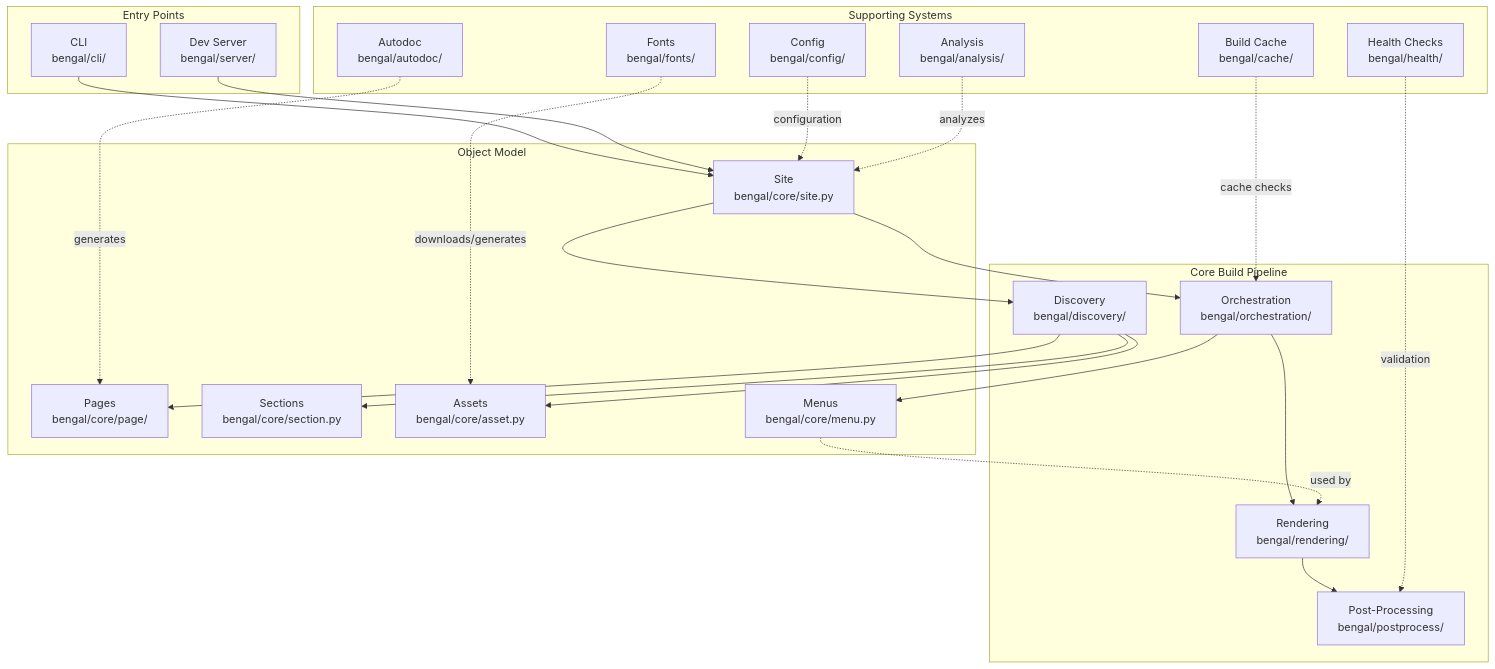
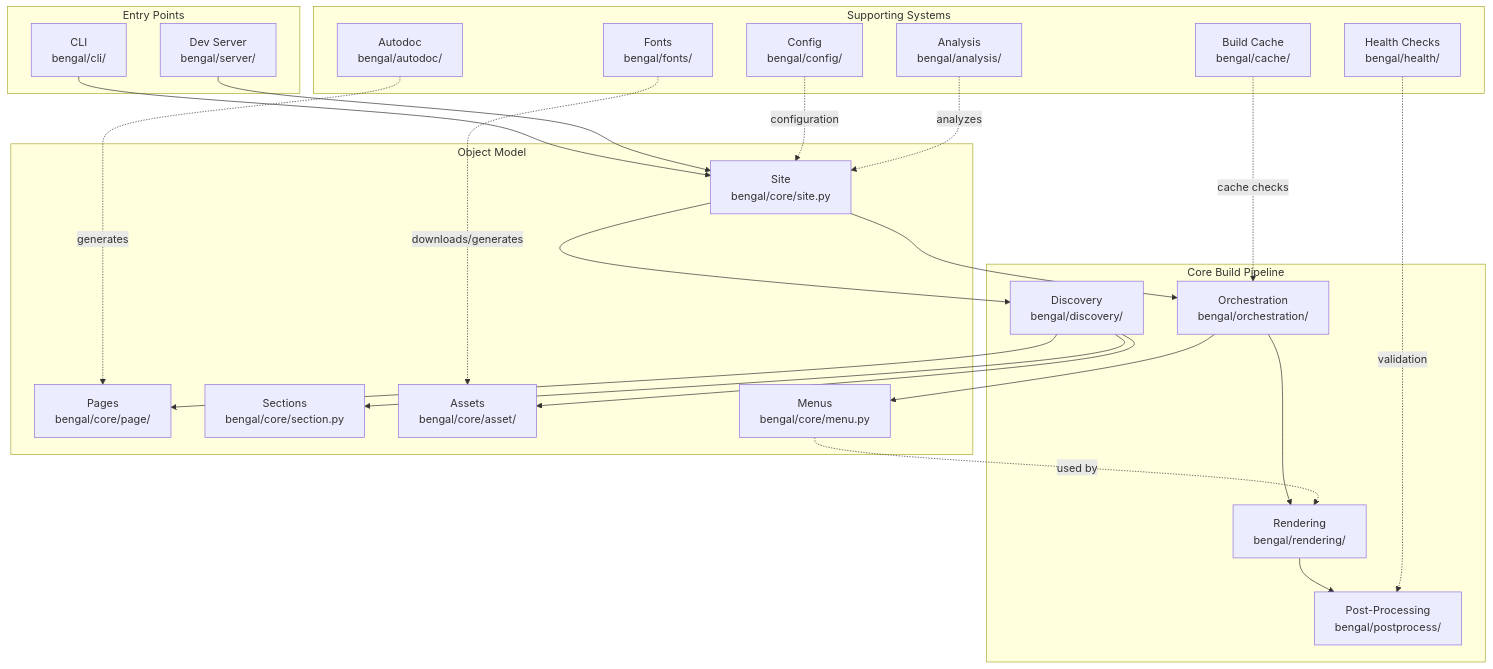
The diagram in site/content/docs/reference/architecture/_index.md (lbliii/bengal), drawn with Mermaid before and after one commit. The commit also changed 6 other files, not shown here.

````diff
--- a/site/content/docs/reference/architecture/_index.md
+++ b/site/content/docs/reference/architecture/_index.md
@@ -36,49 +36,49 @@
 ```mermaid
 graph TB
     subgraph "Entry Points"
         CLI[CLI<br/>bengal/cli/]
         Server[Dev Server<br/>bengal/server/]
     end
 
     subgraph "Core Build Pipeline"
         Discovery[Discovery<br/>bengal/discovery/]
         Orchestration[Orchestration<br/>bengal/orchestration/]
         Rendering[Rendering<br/>bengal/rendering/]
         PostProcess[Post-Processing<br/>bengal/postprocess/]
     end
 
     subgraph "Object Model"
         Site[Site<br/>bengal/core/site.py]
         Pages[Pages<br/>bengal/core/page/]
         Sections[Sections<br/>bengal/core/section.py]
-        Assets[Assets<br/>bengal/core/asset.py]
+        Assets[Assets<br/>bengal/core/asset/]
         Menus[Menus<br/>bengal/core/menu.py]
     end
 
     subgraph "Supporting Systems"
         Cache[Build Cache<br/>bengal/cache/]
         Health[Health Checks<br/>bengal/health/]
         Autodoc[Autodoc<br/>bengal/autodoc/]
         Config[Config<br/>bengal/config/]
         Analysis[Analysis<br/>bengal/analysis/]
         Fonts[Fonts<br/>bengal/fonts/]
     end
 
     CLI --> Site
     Server --> Site
     Site --> Discovery
     Discovery --> Pages
     Discovery --> Sections
     Discovery --> Assets
     Site --> Orchestration
     Orchestration --> Menus
     Orchestration --> Rendering
     Menus -.->|"used by"| Rendering
     Rendering --> PostProcess
     Cache -.->|"cache checks"| Orchestration
     Health -.->|"validation"| PostProcess
     Autodoc -.->|"generates"| Pages
     Config -.->|"configuration"| Site
     Analysis -.->|"analyzes"| Site
     Fonts -.->|"downloads/generates"| Assets
 ```
````
